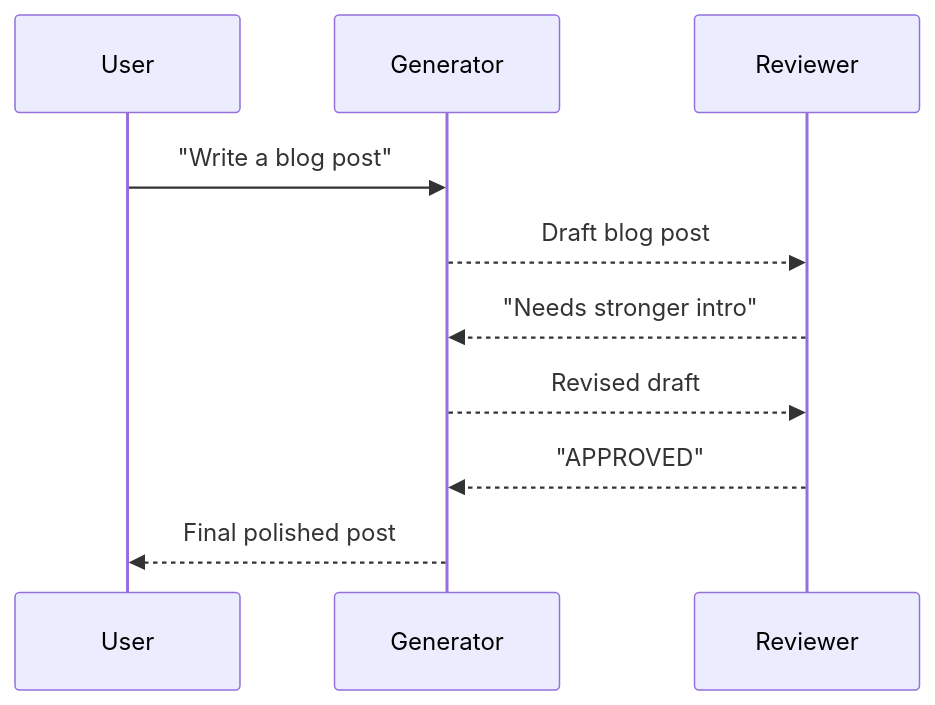
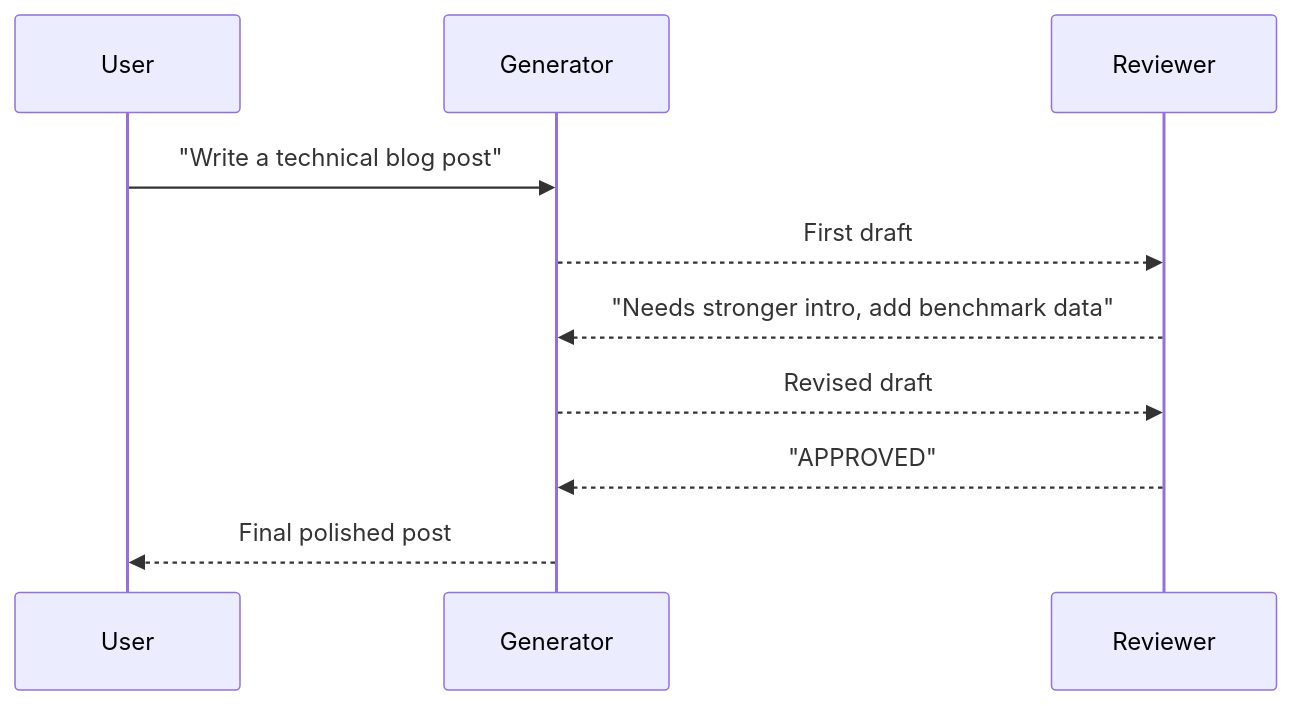
Before and after one commit to pyagent-core/pyagent: the diagram in docs/patterns/resolution/cross-reflection.md, drawn with Mermaid. The commit also changed other lines of this file and 152 other files, not shown here.

````diff
--- a/docs/patterns/resolution/cross-reflection.md
+++ b/docs/patterns/resolution/cross-reflection.md
@@ -7,13 +12,13 @@
 ```mermaid
 sequenceDiagram
     participant U as User
     participant G as Generator
     participant R as Reviewer
 
-    U->>G: "Write a blog post"
-    G-->>R: Draft blog post
-    R-->>G: "Needs stronger intro"
+    U->>G: "Write a technical blog post"
+    G-->>R: First draft
+    R-->>G: "Needs stronger intro, add benchmark data"
     G-->>R: Revised draft
     R-->>G: "APPROVED"
     G-->>U: Final polished post
 ```
````
